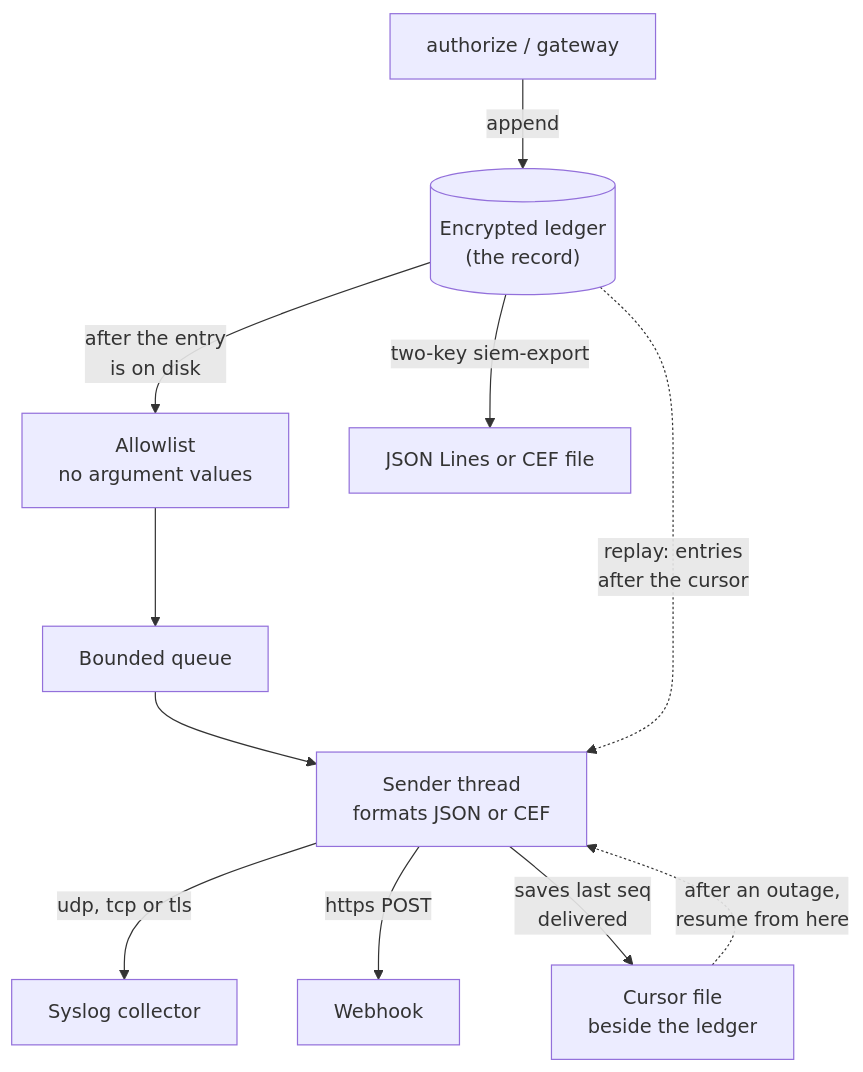
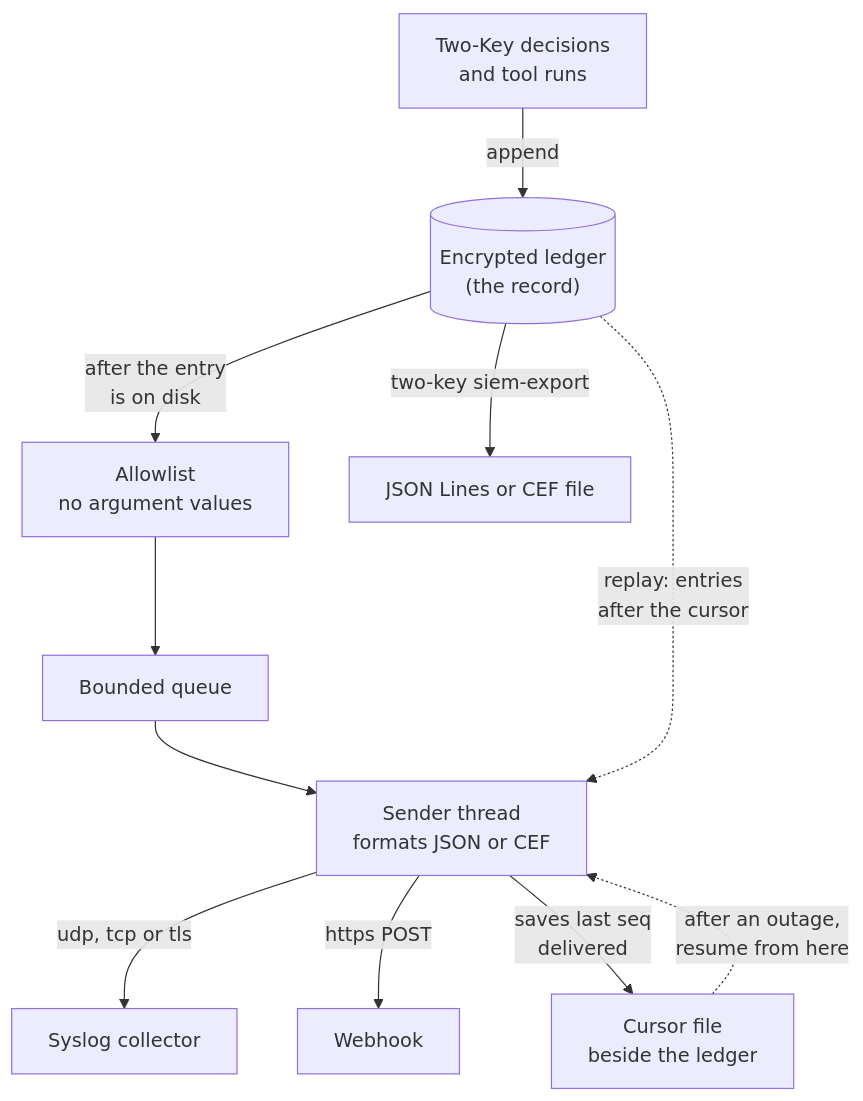
Before and after one commit to Insomniac-VibeLabs/two-key: the diagram in docs/SIEM.md, drawn with Mermaid. The commit also changed 7 other files, not shown here.

First line of the commit message:
Docs: diagram labels use plain words instead of code names

````diff
--- a/docs/SIEM.md
+++ b/docs/SIEM.md
@@ -44,13 +44,13 @@
 ```mermaid
 flowchart TD
-  auth["authorize / gateway"] -- "append" --> ledger[("Encrypted ledger<br/>(the record)")]
+  auth["Two-Key decisions<br/>and tool runs"] -- "append" --> ledger[("Encrypted ledger<br/>(the record)")]
   ledger -- "after the entry<br/>is on disk" --> filter["Allowlist<br/>no argument values"]
   filter --> queue["Bounded queue"]
   queue --> sender["Sender thread<br/>formats JSON or CEF"]
   sender -- "udp, tcp or tls" --> syslog["Syslog collector"]
   sender -- "https POST" --> hook["Webhook"]
   sender -- "saves last seq<br/>delivered" --> cursor["Cursor file<br/>beside the ledger"]
   cursor -. "after an outage,<br/>resume from here" .-> sender
   ledger -. "replay: entries<br/>after the cursor" .-> sender
   ledger -- "two-key siem-export" --> file["JSON Lines or CEF file"]
 ```
````
